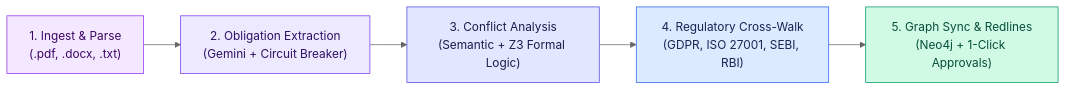
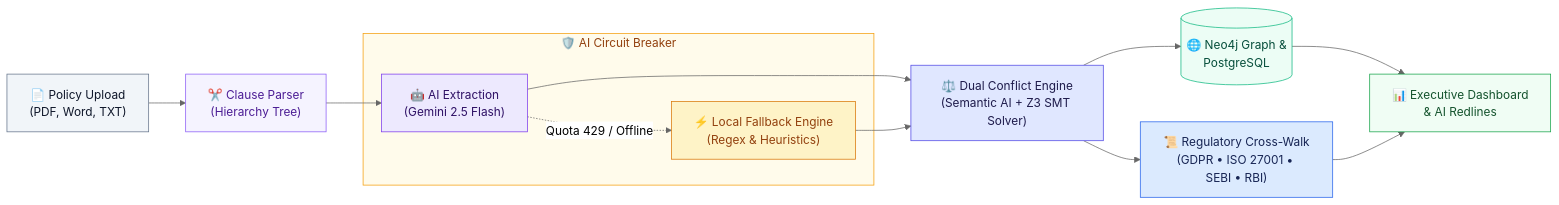
The diagram in README.md (Sangamithraa077/PolicySentinel), drawn with Mermaid (neutral theme) before and after one commit. The commit also changed other lines of this file, not shown here.

````diff
--- a/README.md
+++ b/README.md
@@ -84,13 +33,28 @@
 ```mermaid
 flowchart LR
-    S1["1. Ingest & Parse\n(.pdf, .docx, .txt)"] --> S2["2. Obligation Extraction\n(Gemini + Circuit Breaker)"]
-    S2 --> S3["3. Conflict Analysis\n(Semantic + Z3 Formal Logic)"]
-    S3 --> S4["4. Regulatory Cross-Walk\n(GDPR, ISO 27001, SEBI, RBI)"]
-    S4 --> S5["5. Graph Sync & Redlines\n(Neo4j + 1-Click Approvals)"]
+    A["📄 Policy Upload\n(PDF, Word, TXT)"] --> B["✂️ Clause Parser\n(Hierarchy Tree)"]
+    B --> C["🤖 AI Extraction\n(Gemini 2.5 Flash)"]
+    
+    subgraph Resilience["🛡️ AI Circuit Breaker"]
+        C -.->|Quota 429 / Offline| CB["⚡ Local Fallback Engine\n(Regex & Heuristics)"]
+    end
+    
+    C --> D["⚖️ Dual Conflict Engine\n(Semantic AI + Z3 SMT Solver)"]
+    CB --> D
+    
+    D --> E[("🌐 Neo4j Graph &\nPostgreSQL")]
+    D --> F["📜 Regulatory Cross-Walk\n(GDPR • ISO 27001 • SEBI • RBI)"]
+    
+    E --> G["📊 Executive Dashboard\n& AI Redlines"]
+    F --> G
 
-    style S1 fill:#F3E8FF,stroke:#9333EA,color:#3B0764
-    style S2 fill:#EDE9FE,stroke:#7C3AED,color:#2E1065
-    style S3 fill:#E0E7FF,stroke:#4F46E5,color:#1E1B4B
-    style S4 fill:#DBEAFE,stroke:#2563EB,color:#172554
-    style S5 fill:#D1FAE5,stroke:#059669,color:#064E3B
+    style A fill:#F1F5F9,stroke:#64748B,color:#0F172A
+    style B fill:#F5F3FF,stroke:#8B5CF6,color:#4C1D95
+    style C fill:#EDE9FE,stroke:#7C3AED,color:#2E1065
+    style Resilience fill:#FFFBEB,stroke:#F59E0B,color:#92400E
+    style CB fill:#FEF3C7,stroke:#D97706,color:#92400E
+    style D fill:#E0E7FF,stroke:#4F46E5,color:#1E1B4B
+    style E fill:#ECFDF5,stroke:#10B981,color:#064E3B
+    style F fill:#DBEAFE,stroke:#2563EB,color:#172554
+    style G fill:#F0FDF4,stroke:#16A34A,color:#14532D
 ```
````
